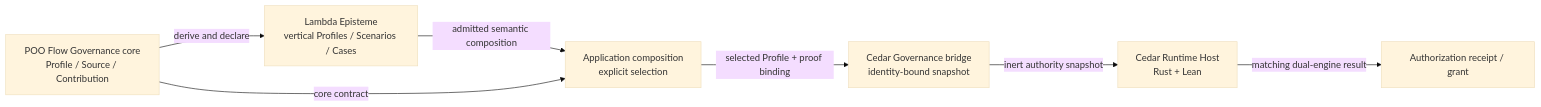
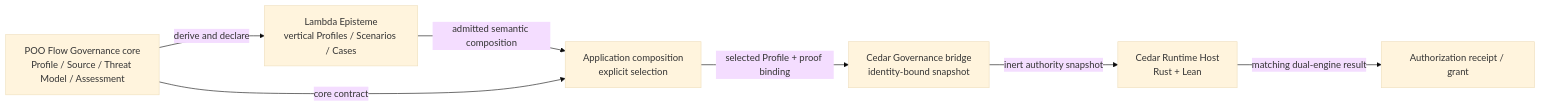
One commit to tao3k/poo-flow changed the diagram in docs/10-19-design/10.06-poo-module-system/160-governance-core-vertical-domain-and-cedar-provider-boundary.org. Above: the diagram before and after it, drawn with Mermaid (base theme). The commit also changed other lines of this file and 12 other files, not shown here.

Commit message:
feat: close governance threat assurance model

```diff
--- a/docs/10-19-design/10.06-poo-module-system/160-governance-core-vertical-domain-and-cedar-provider-boundary.org
+++ b/docs/10-19-design/10.06-poo-module-system/160-governance-core-vertical-domain-and-cedar-provider-boundary.org
@@ -35,16 +36,16 @@
 #+begin_src mermaid
 flowchart LR
-    G["POO Flow Governance core<br/>Profile / Source / Contribution"]
+    G["POO Flow Governance core<br/>Profile / Source / Threat Model / Assessment"]
     L["Lambda Episteme<br/>vertical Profiles / Scenarios / Cases"]
     A["Application composition<br/>explicit selection"]
     B["Cedar Governance bridge<br/>identity-bound snapshot"]
     H["Cedar Runtime Host<br/>Rust + Lean"]
     R["Authorization receipt / grant"]
 
     G -->|"derive and declare"| L
     L -->|"admitted semantic composition"| A
     G -->|"core contract"| A
     A -->|"selected Profile + proof binding"| B
     B -->|"inert authority snapshot"| H
     H -->|"matching dual-engine result"| R
 #+end_src
```
